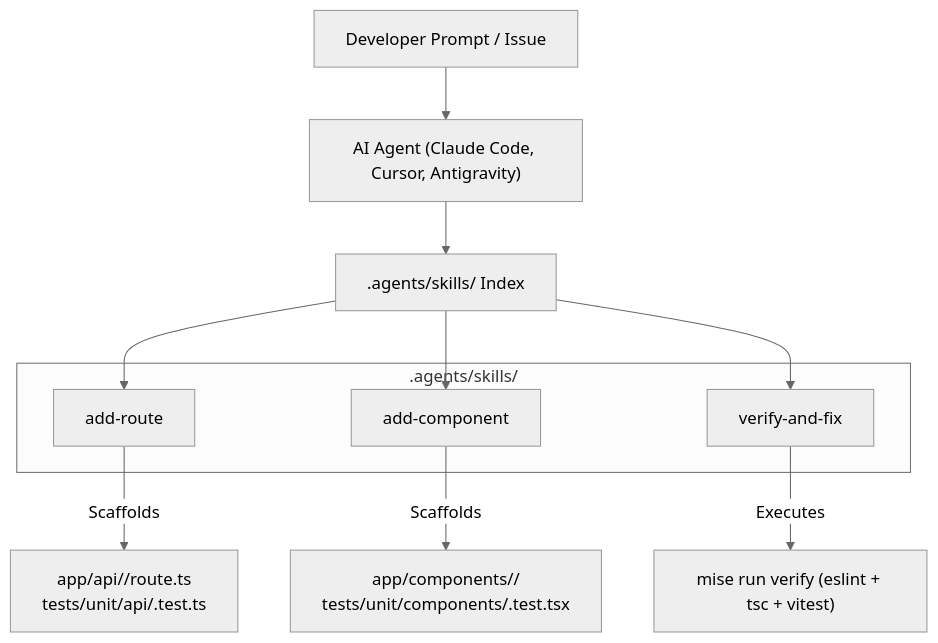
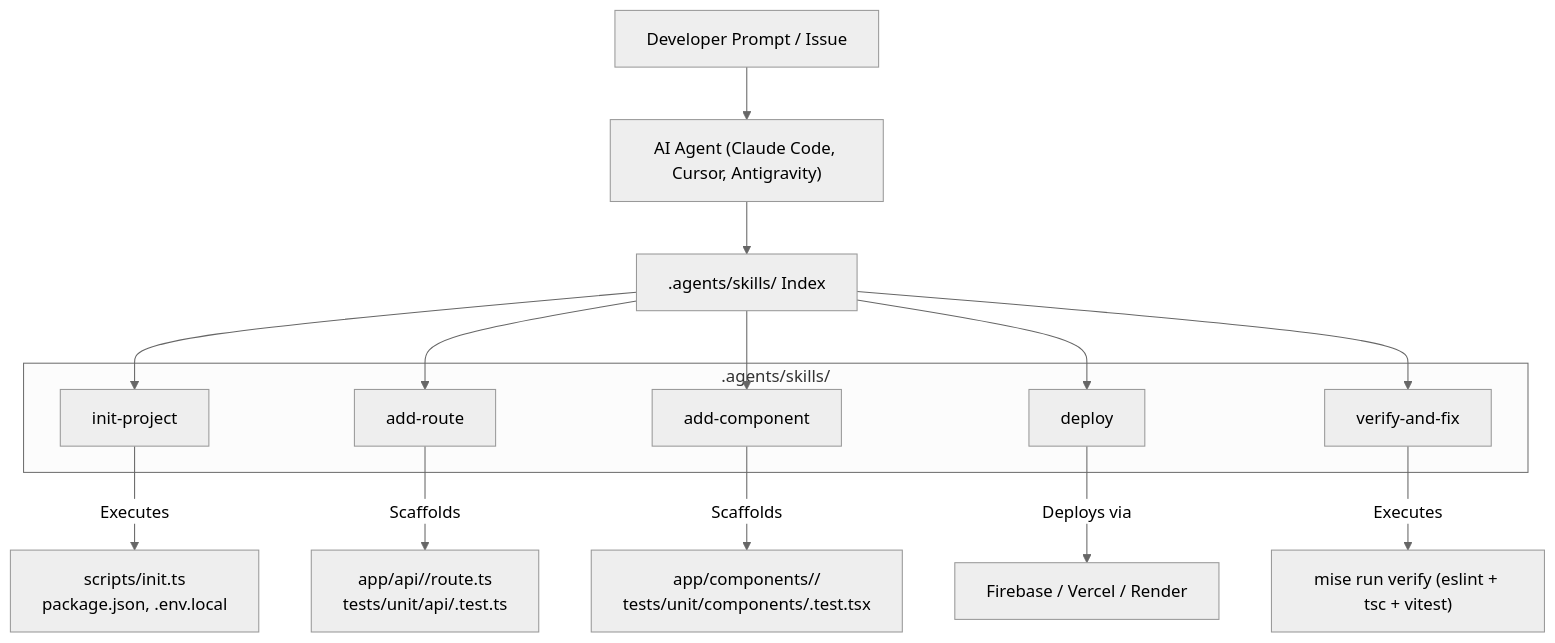
Before and after one commit to cur8d/typescript: the diagram in .vibe/specs/add-skills/design.md, drawn with Mermaid (neutral theme). The commit also changed other lines of this file and 3 other files, not shown here.

Commit message:
docs(spec): add init-project and deploy skills to typescript plan

````diff
--- a/.vibe/specs/add-skills/design.md
+++ b/.vibe/specs/add-skills/design.md
@@ -5,17 +5,21 @@
 ```mermaid
 flowchart TD
     User["Developer Prompt / Issue"] --> Agent["AI Agent (Claude Code, Cursor, Antigravity)"]
     Agent --> Registry[".agents/skills/ Index"]
-    
+
     subgraph Skills [".agents/skills/"]
-        R["add-route"]
-        C["add-component"]
-        V["verify-and-fix"]
+        Init["init-project"]
+        Route["add-route"]
+        Comp["add-component"]
+        Deploy["deploy"]
+        Verify["verify-and-fix"]
     end
-    
-    Registry --> R & C & V
-    
-    R -->|"Scaffolds"| Route["app/api/<route>/route.ts<br/>tests/unit/api/<route>.test.ts"]
-    C -->|"Scaffolds"| Comp["app/components/<Component>/<br/>tests/unit/components/<Component>.test.tsx"]
-    V -->|"Executes"| Tasks["mise run verify (eslint + tsc + vitest)"]
+
+    Registry --> Init & Route & Comp & Deploy & Verify
+
+    Init -->|"Executes"| InitScript["scripts/init.ts<br/>package.json, .env.local"]
+    Route -->|"Scaffolds"| RouteCode["app/api/<route>/route.ts<br/>tests/unit/api/<route>.test.ts"]
+    Comp -->|"Scaffolds"| CompCode["app/components/<Comp>/<br/>tests/unit/components/<Comp>.test.tsx"]
+    Deploy -->|"Deploys via"| Host["Firebase / Vercel / Render"]
+    Verify -->|"Executes"| Tasks["mise run verify (eslint + tsc + vitest)"]
 ```
````
